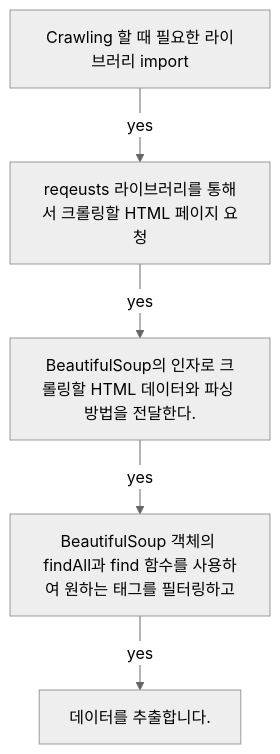
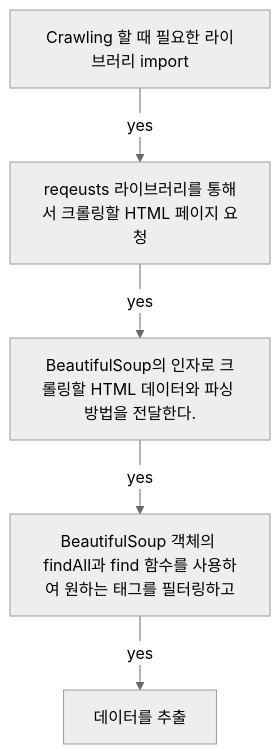
The first of 2 diagrams in _posts/2019-12-09-python-web-crawling.md (mchaemil/mchaemil.github.io), drawn with Mermaid (neutral theme) before and after one commit. The commit also changed other lines of this file, not shown here.

````diff
--- a/_posts/2019-12-09-python-web-crawling.md
+++ b/_posts/2019-12-09-python-web-crawling.md
@@ -53,13 +53,13 @@
 ```mermaid
 graph TB;
     A[Crawling 할 때 필요한 라이브러리 import]
     B[reqeusts 라이브러리를 통해서 크롤링할 HTML 페이지 요청]
 	C[BeautifulSoup의 인자로 크롤링할 HTML 데이터와 파싱 방법을 전달한다.]    
     D[BeautifulSoup 객체의 findAll과 find 함수를 사용하여 원하는 태그를 필터링하고]
-	E[데이터를 추출합니다.]
+	E[데이터를 추출]
     A--yes-->B;
     B--yes-->C;
     C--yes-->D;	
     D--yes-->E;
 	
 ```
````
